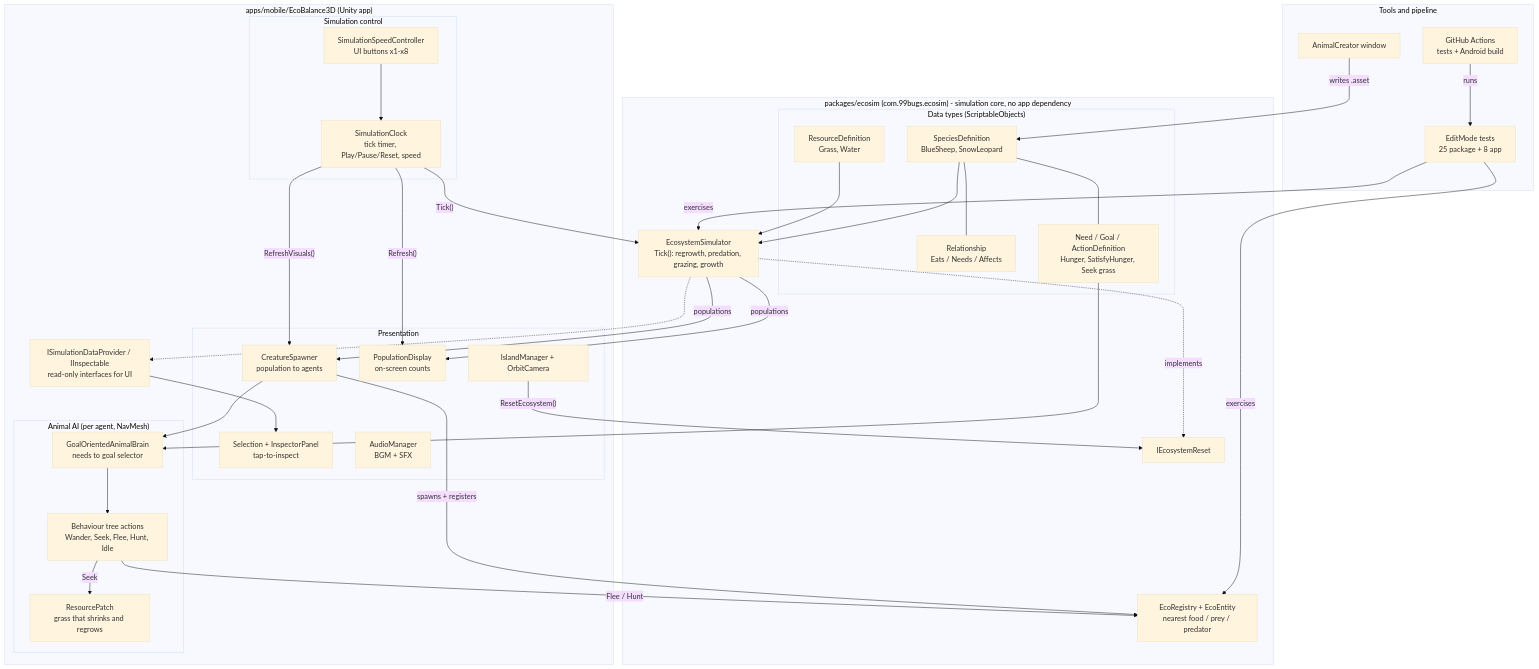
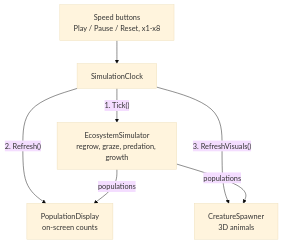
The second of 3 diagrams in docs/architecture.md (Jarrodtan/Project_5_99Bugs), drawn with Mermaid (base theme) before and after one commit. The commit also changed other lines of this file, not shown here.

Commit message:
Architecture doc: split diagram into 3 readable ones, module tree in section 7

````diff
--- a/docs/architecture.md
+++ b/docs/architecture.md
@@ -20,65 +42,15 @@
 ```mermaid
 flowchart TB
-    subgraph PKG["packages/ecosim (com.99bugs.ecosim) - simulation core, no app dependency"]
-        subgraph DATA["Data types (ScriptableObjects)"]
-            SD["SpeciesDefinition<br/>BlueSheep, SnowLeopard"]
-            RD["ResourceDefinition<br/>Grass, Water"]
-            REL["Relationship<br/>Eats / Needs / Affects"]
-            NGA["Need / Goal / ActionDefinition<br/>Hunger, SatisfyHunger, Seek grass"]
-            SD --- REL
-            SD --- NGA
-        end
-        ECO["EcosystemSimulator<br/>Tick(): regrowth, predation, grazing, growth"]
-        REG["EcoRegistry + EcoEntity<br/>nearest food / prey / predator"]
-        RST["IEcosystemReset"]
-        ECO -. implements .-> RST
-    end
+    BTN["Speed buttons<br/>Play / Pause / Reset, x1-x8"]
+    CLK["SimulationClock"]
+    ECO["EcosystemSimulator<br/>regrow, graze, predation, growth"]
+    POP["PopulationDisplay<br/>on-screen counts"]
+    SPN["CreatureSpawner<br/>3D animals"]
 
-    subgraph APP["apps/mobile/EcoBalance3D (Unity app)"]
-        subgraph CTRL["Simulation control"]
-            CLK["SimulationClock<br/>tick timer, Play/Pause/Reset, speed"]
-            SPD["SimulationSpeedController<br/>UI buttons x1-x8"]
-        end
-        subgraph AIL["Animal AI (per agent, NavMesh)"]
-            BRN["GoalOrientedAnimalBrain<br/>needs to goal selector"]
-            BT["Behaviour tree actions<br/>Wander, Seek, Flee, Hunt, Idle"]
-            PATCH["ResourcePatch<br/>grass that shrinks and regrows"]
-            BRN --> BT
-        end
-        subgraph PRES["Presentation"]
-            SPN["CreatureSpawner<br/>population to agents"]
-            POP["PopulationDisplay<br/>on-screen counts"]
-            SEL["Selection + InspectorPanel<br/>tap-to-inspect"]
-            ISL["IslandManager + OrbitCamera"]
-            AUD["AudioManager<br/>BGM + SFX"]
-        end
-        PROV["ISimulationDataProvider / IInspectable<br/>read-only interfaces for UI"]
-    end
-
-    subgraph TOOLS["Tools and pipeline"]
-        AC["AnimalCreator window"]
-        TEST["EditMode tests<br/>25 package + 8 app"]
-        CI["GitHub Actions<br/>tests + Android build"]
-    end
-
-    SD --> ECO
-    RD --> ECO
-    SPD --> CLK
-    CLK -- "Tick()" --> ECO
-    CLK -- "Refresh()" --> POP
-    CLK -- "RefreshVisuals()" --> SPN
+    BTN --> CLK
+    CLK -- "1. Tick()" --> ECO
+    CLK -- "2. Refresh()" --> POP
+    CLK -- "3. RefreshVisuals()" --> SPN
     ECO -- "populations" --> POP
     ECO -- "populations" --> SPN
-    SPN -- "spawns + registers" --> REG
-    SPN --> BRN
-    BT -- "Flee / Hunt" --> REG
-    BT -- "Seek" --> PATCH
-    NGA --> BRN
-    ISL -- "ResetEcosystem()" --> RST
-    ECO -.-> PROV
-    PROV --> SEL
-    AC -- "writes .asset" --> SD
-    TEST -- "exercises" --> ECO
-    TEST -- "exercises" --> REG
-    CI -- "runs" --> TEST
 ```
````
